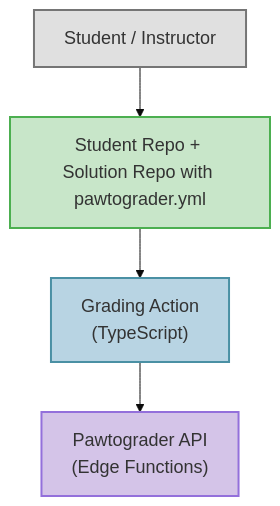
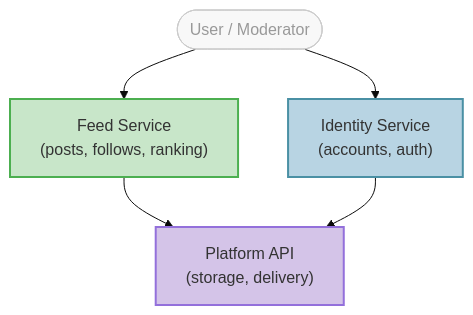
Before and after one commit to neu-pdi/cs3100-public-resources: the third of 8 diagrams in lecture-slides-spertus/l18-architecture-design.mdx, drawn with Mermaid. The commit also changed other lines of this file, not shown here.

````diff
--- a/lecture-slides-spertus/l18-architecture-design.mdx
+++ b/lecture-slides-spertus/l18-architecture-design.mdx
@@ -823,22 +750,23 @@
 ```mermaid
-%%{init: {'theme': 'base', 'themeVariables': { 'fontSize': '18px' }}}%%
+%%{init: {'theme': 'base', 'themeVariables': { 'fontSize': '16px' }}}%%
 graph TD
-    User["Student / Instructor"]
-    Repo["Student Repo + <br/>Solution Repo with pawtograder.yml"]
-    Action["Grading Action<br/>(TypeScript)"]
-    API["Pawtograder API<br/>(Edge Functions)"]
+    User(["User / Moderator"])
+    Identity["Identity Service<br/>(accounts, auth)"]
+    Feed["Feed Service<br/>(posts, follows, ranking)"]
+    Platform["Platform API<br/>(storage, delivery)"]
 
-    User --> Repo
-    Repo --> Action
-    Action --> API
+    User --> Identity
+    User --> Feed
+    Feed --> Platform
+    Identity --> Platform
 
-    classDef actor fill:#E0E0E0,stroke:#757575,stroke-width:2px
+    classDef actor fill:#f8f8f8,stroke:#cccccc,stroke-width:1px,color:#999999
     classDef fast fill:#C8E6C9,stroke:#4CAF50,stroke-width:2px
     classDef medium fill:#B8D4E3,stroke:#4A90A4,stroke-width:2px
     classDef slow fill:#D4C4E8,stroke:#9370DB,stroke-width:2px
 
     class User actor
-    class Repo fast
-    class Action medium
-    class API slow
+    class Feed fast
+    class Identity medium
+    class Platform slow
 ```
````
